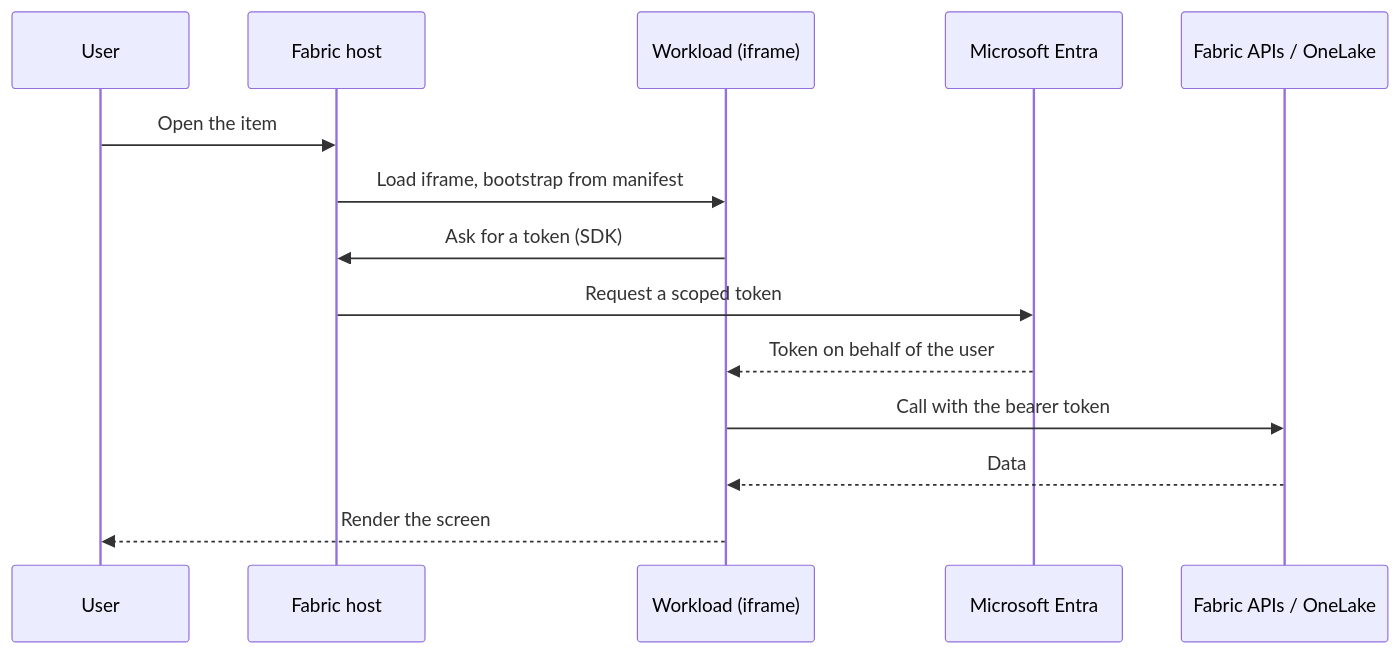
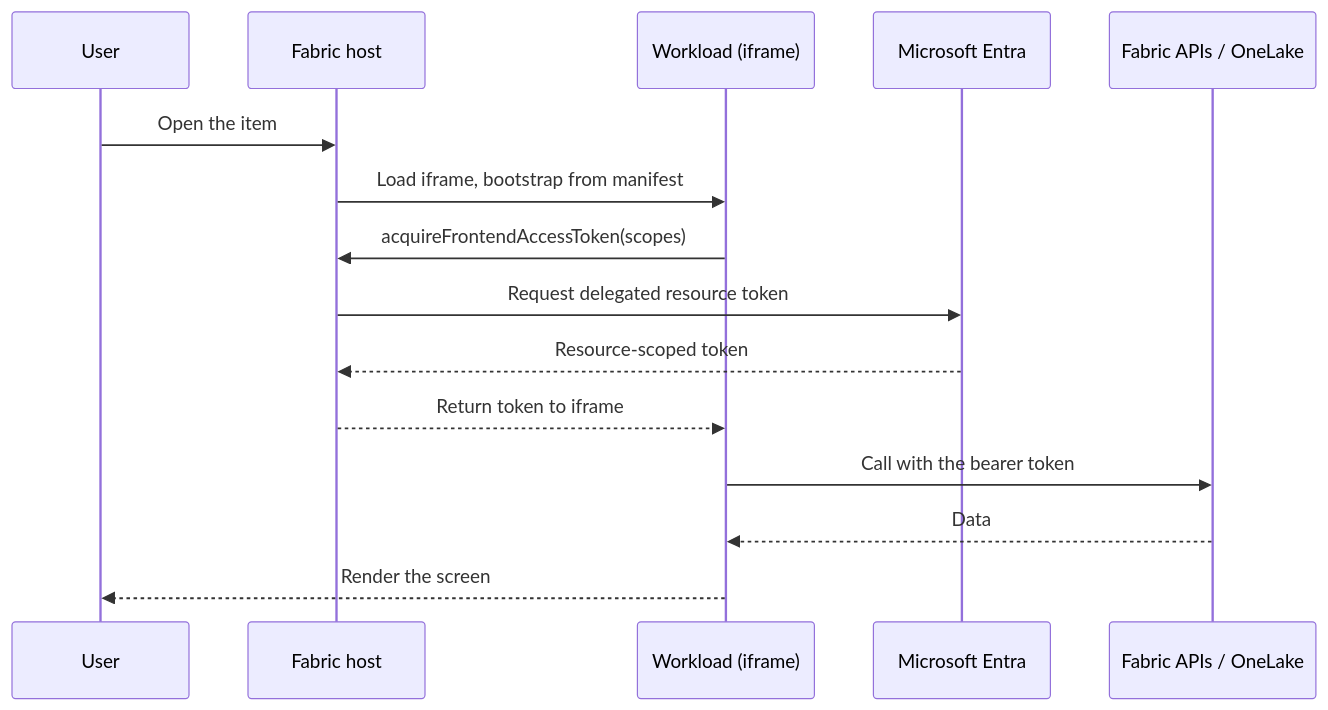
Before and after one commit to fredgis/BookWorkload: the fourth of 8 diagrams in workload-chapter-outline.md, drawn with Mermaid. The commit also changed other lines of this file and 8 other files, not shown here.

````diff
--- a/workload-chapter-outline.md
+++ b/workload-chapter-outline.md
@@ -158,16 +185,17 @@
 ```mermaid
 sequenceDiagram
     participant U as User
     participant H as Fabric host
     participant W as Workload (iframe)
     participant E as Microsoft Entra
     participant A as Fabric APIs / OneLake
     U->>H: Open the item
     H->>W: Load iframe, bootstrap from manifest
-    W->>H: Ask for a token (SDK)
-    H->>E: Request a scoped token
-    E-->>W: Token on behalf of the user
+    W->>H: acquireFrontendAccessToken(scopes)
+    H->>E: Request delegated resource token
+    E-->>H: Resource-scoped token
+    H-->>W: Return token to iframe
     W->>A: Call with the bearer token
     A-->>W: Data
     W-->>U: Render the screen
 ```
````
